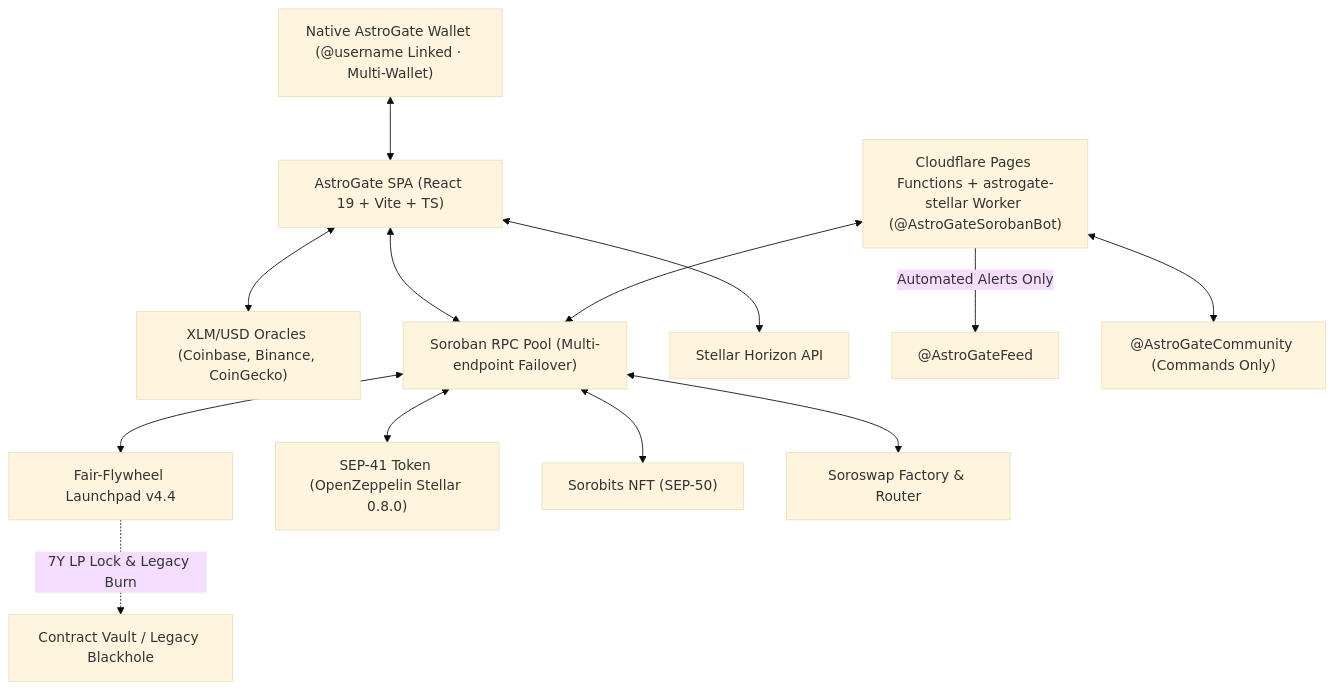
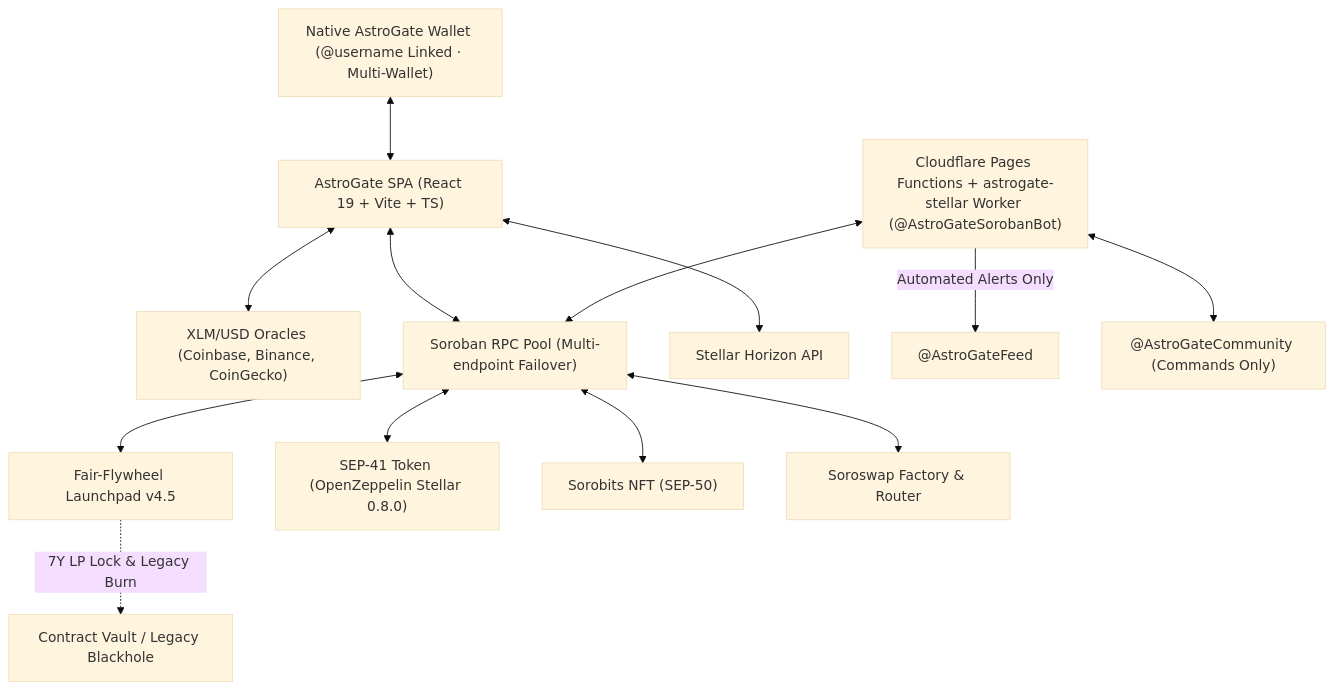
The diagram in README.md (NunaLabsDev/astrogate), drawn with Mermaid (base theme) before and after one commit. The commit also changed other lines of this file and 159 other files, not shown here.

Commit message:
feat: Fair-Flywheel v4.5, ecosystem sync, and KV cron write throttling

````diff
--- a/README.md
+++ b/README.md
@@ -36,15 +36,15 @@
 ```mermaid
 flowchart TD
     User["Native AstroGate Wallet (@username Linked · Multi-Wallet)"] <--> Frontend["AstroGate SPA (React 19 + Vite + TS)"]
     Frontend <--> Oracles["XLM/USD Oracles (Coinbase, Binance, CoinGecko)"]
     Frontend <--> RPC["Soroban RPC Pool (Multi-endpoint Failover)"]
     Frontend <--> Horizon["Stellar Horizon API"]
-    RPC <--> Launchpad["Fair-Flywheel Launchpad v4.4"]
+    RPC <--> Launchpad["Fair-Flywheel Launchpad v4.5"]
     RPC <--> Token["SEP-41 Token (OpenZeppelin Stellar 0.8.0)"]
     RPC <--> Sorobits["Sorobits NFT (SEP-50)"]
     RPC <--> Soroswap["Soroswap Factory & Router"]
     Launchpad -. "7Y LP Lock & Legacy Burn" .-> Blackhole["Contract Vault / Legacy Blackhole"]
     Worker["Cloudflare Pages Functions + astrogate-stellar Worker (@AstroGateSorobanBot)"] <--> RPC
     Worker -- "Automated Alerts Only" --> Feed["@AstroGateFeed"]
     Worker <--> Community["@AstroGateCommunity (Commands Only)"]
 ```
````
